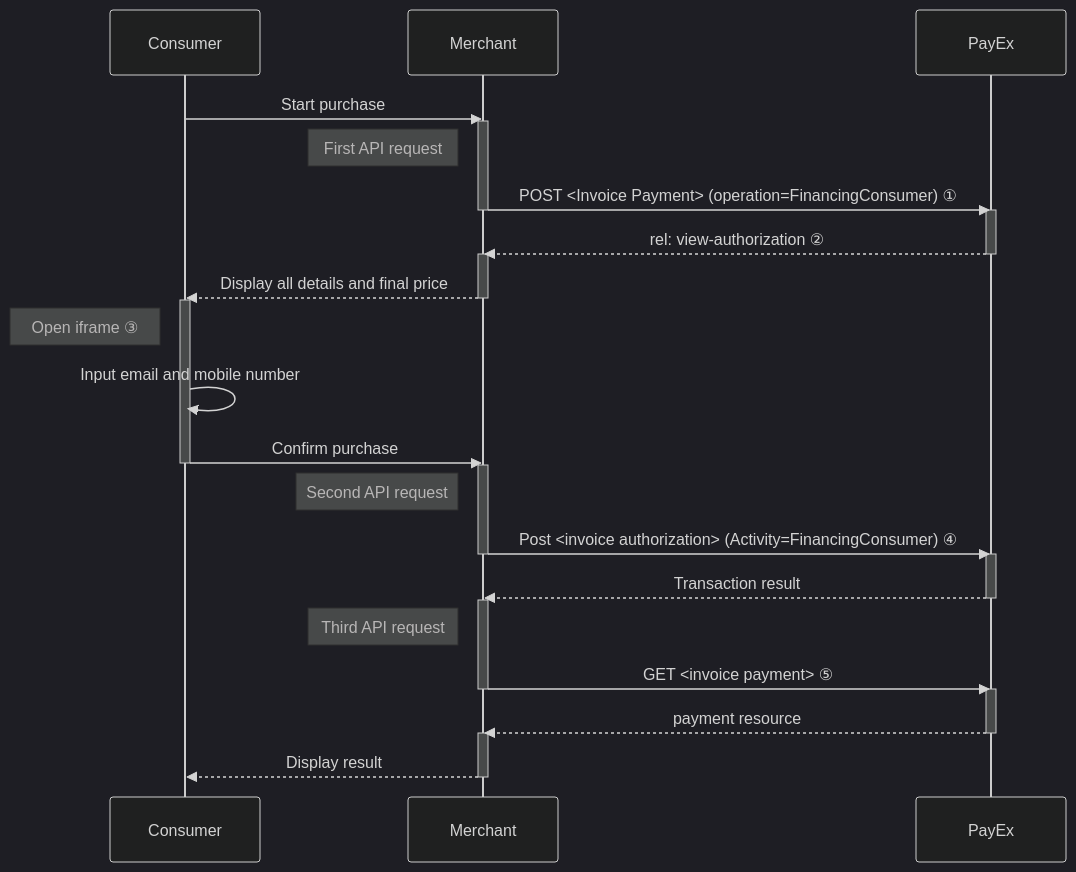
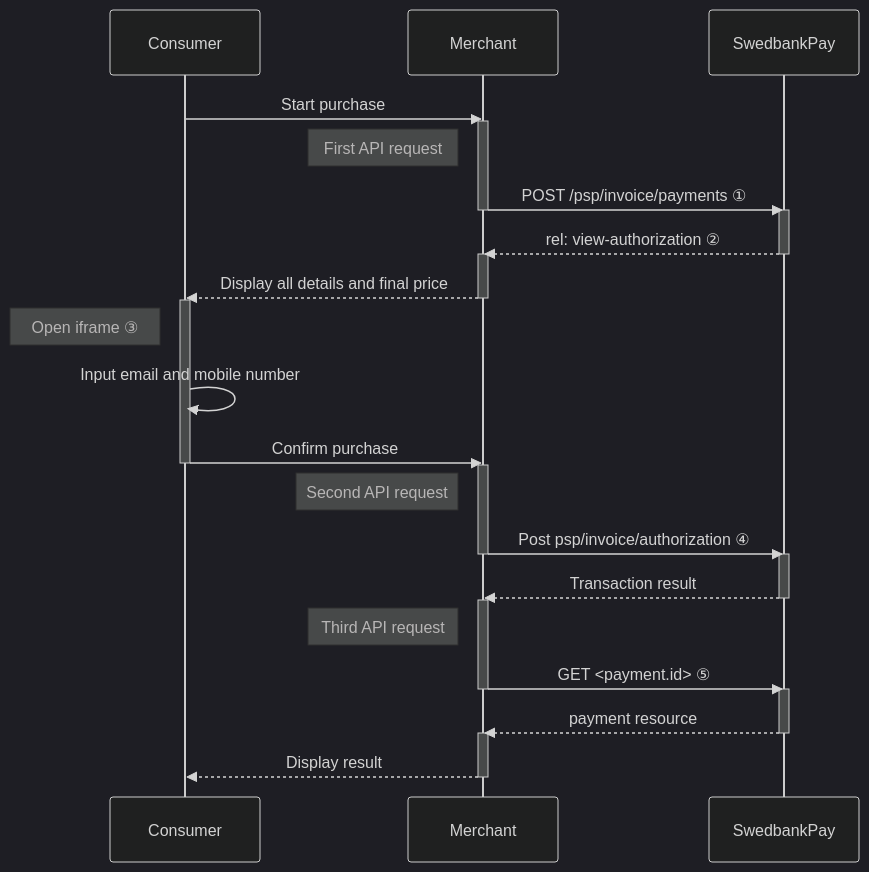
The diagram in payments/invoice/seamless-view.md (SwedbankPay/developer.swedbankpay.com), drawn with Mermaid (dark theme) before and after one commit. The commit also changed other lines of this file, not shown here.

Commit message:
DX-454 Replaced PayEx with SwedbankPay. Added extented explaination under Explainations. Added code examples for FinancingConsumer operation and associated tables. Link fixes

````diff
--- a/payments/invoice/seamless-view.md
+++ b/payments/invoice/seamless-view.md
@@ -46,27 +46,27 @@
 ```mermaid
 sequenceDiagram
     Consumer->>Merchant: Start purchase
     activate Merchant
     note left of Merchant: First API request
-    Merchant->>-PayEx: POST <Invoice Payment> (operation=FinancingConsumer) ①
-    activate PayEx
-    PayEx-->>-Merchant: rel: view-authorization ②
+    Merchant->>-SwedbankPay: POST /psp/invoice/payments ①
+    activate SwedbankPay
+    SwedbankPay-->>-Merchant: rel: view-authorization ②
     activate Merchant
     Merchant-->>-Consumer: Display all details and final price
     activate Consumer
     note left of Consumer: Open iframe ③
     Consumer->>Consumer: Input email and mobile number
     Consumer->>-Merchant: Confirm purchase
     activate Merchant
     note left of Merchant: Second API request
-    Merchant->>-PayEx: Post <invoice authorization> (Activity=FinancingConsumer) ④
-    activate PayEx
-    PayEx-->>-Merchant: Transaction result
+    Merchant->>-SwedbankPay: Post psp/invoice/authorization ④
+    activate SwedbankPay
+    SwedbankPay-->>-Merchant: Transaction result
     activate Merchant
     note left of Merchant: Third API request
-    Merchant->>-PayEx: GET <invoice payment> ⑤
-    activate PayEx
-    PayEx-->>-Merchant: payment resource
+    Merchant->>-SwedbankPay: GET <payment.id> ⑤
+    activate SwedbankPay
+    SwedbankPay-->>-Merchant: payment resource
     activate Merchant
     Merchant-->>-Consumer: Display result
 ```
````
